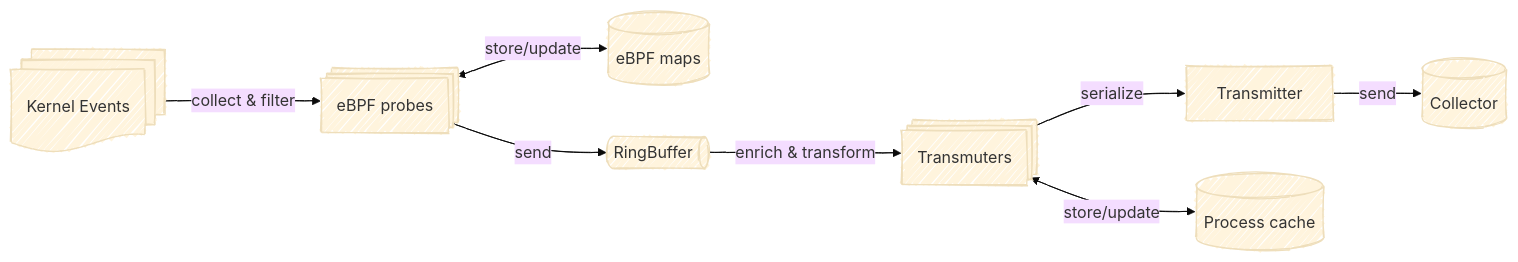
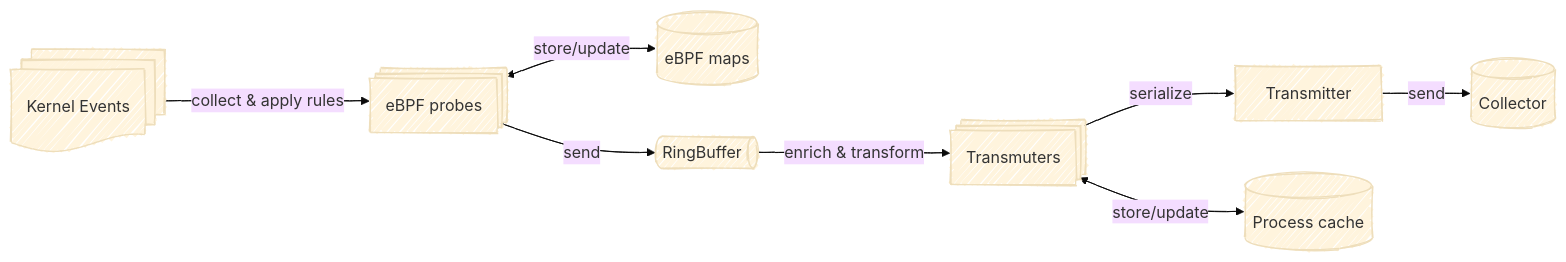
Before and after one commit to bombinisecurity/bombini: the second of 2 diagrams in docs/src/design.md, drawn with Mermaid (base theme). The commit also changed other lines of this file and 8 other files, not shown here.

````diff
--- a/docs/src/design.md
+++ b/docs/src/design.md
@@ -74,23 +74,23 @@
 ```mermaid
 ---
 config:
   layout: dagre
   look: handDrawn
 ---
 flowchart LR
-    A["Kernel Events"] -- collect & filter --> B["eBPF probes"]
+    A["Kernel Events"] -- collect & apply rules --> B["eBPF probes"]
     B <-- store/update --> C["eBPF maps"]
     B -- send --> D["RingBuffer"]
     D --enrich & transform --> E["Transmuters"]
     E -- serialize --> F["Transmitter"]
     F -- send --> G["Collector"]
     E <-- store/update --> I["Process cache"]
 
     A@{ shape: docs}
     B@{ shape: processes}
     C@{ shape: cyl}
     D@{ shape: das}
     E@{ shape: processes}
     G@{ shape: cyl}
     I@{ shape: cyl}
 ```
````
